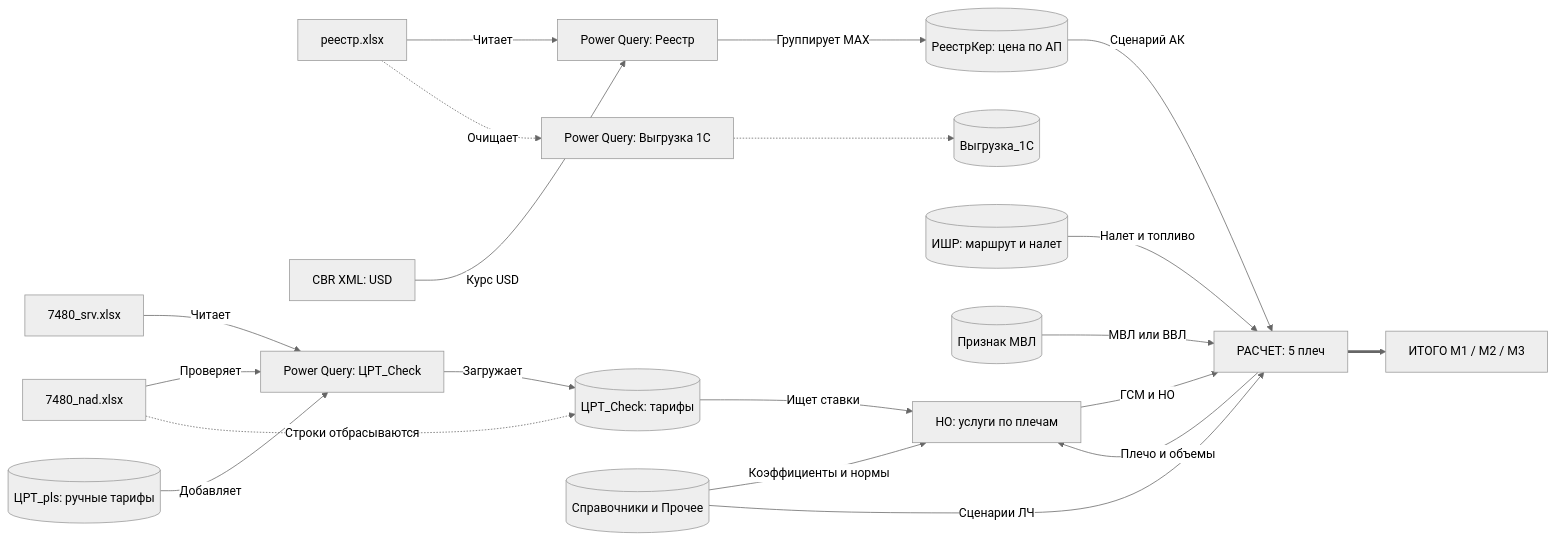
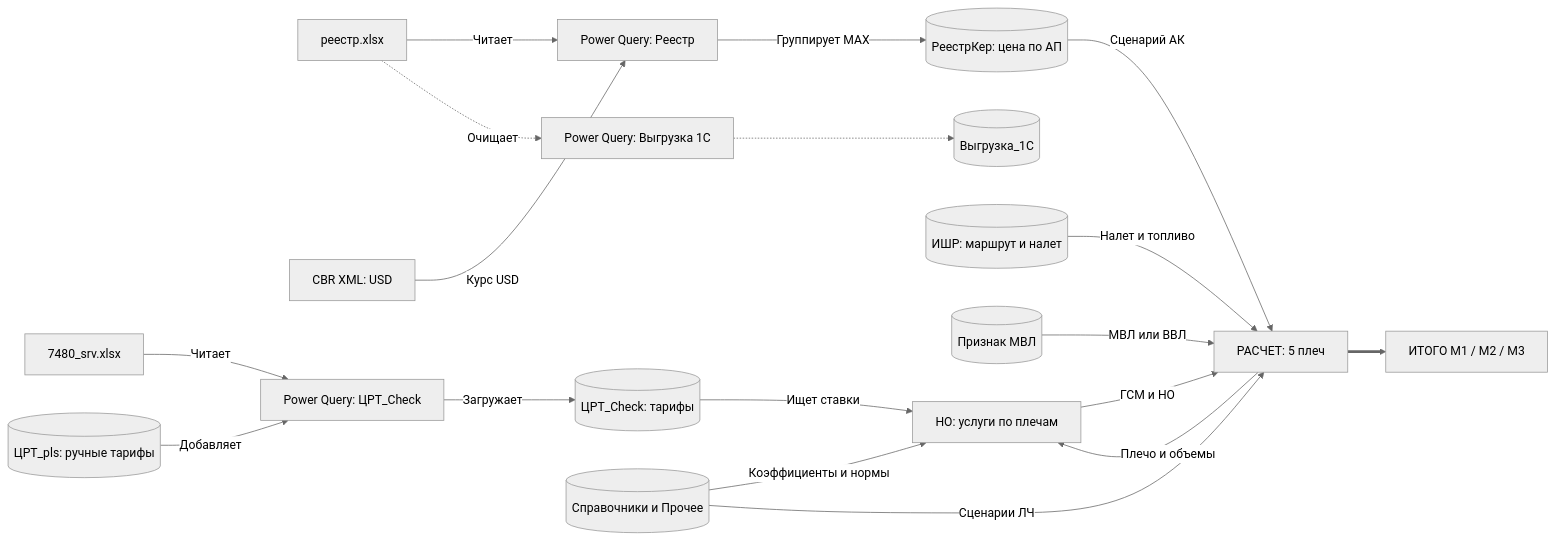
Before and after one commit to Amavelone/AK_CalculateCostPriceFlight: the first of 2 diagrams in docs/cost-monitor-dependency-map.md, drawn with Mermaid (neutral theme). The commit also changed other lines of this file and 51 other files, not shown here.

Commit message:
feat: complete cost monitor architecture foundation

````diff
--- a/docs/cost-monitor-dependency-map.md
+++ b/docs/cost-monitor-dependency-map.md
@@ -5,47 +5,44 @@
 ```mermaid
 flowchart LR
     srv["7480_srv.xlsx"]
-    nad["7480_nad.xlsx"]
     reg["реестр.xlsx"]
     cbr["CBR XML: USD"]
 
     tariffQuery["Power Query: ЦРТ_Check"]
     manualTariff[("ЦРТ_pls: ручные тарифы")]
     tariffTable[("ЦРТ_Check: тарифы")]
 
     registryQuery["Power Query: Реестр"]
     fuelTable[("РеестрКер: цена по АП")]
     detailQuery["Power Query: Выгрузка 1С"]
     detailTable[("Выгрузка_1С")]
 
     routes[("ИШР: маршрут и налет")]
     refs[("Справочники и Прочее")]
     intl[("Признак МВЛ")]
     ground["НО: услуги по плечам"]
     calc["РАСЧЕТ: 5 плеч"]
     result["ИТОГО М1 / М2 / М3"]
 
     srv -->|"Читает"| tariffQuery
-    nad -->|"Проверяет"| tariffQuery
     manualTariff -->|"Добавляет"| tariffQuery
     tariffQuery -->|"Загружает"| tariffTable
     tariffTable -->|"Ищет ставки"| ground
 
     reg -->|"Читает"| registryQuery
     cbr -->|"Курс USD"| registryQuery
     registryQuery -->|"Группирует MAX"| fuelTable
     fuelTable -->|"Сценарий АК"| calc
 
     reg -.->|"Очищает"| detailQuery
     detailQuery -.-> detailTable
 
     routes -->|"Налет и топливо"| calc
     intl -->|"МВЛ или ВВЛ"| calc
     refs -->|"Коэффициенты и нормы"| ground
     refs -->|"Сценарии ЛЧ"| calc
     calc -->|"Плечо и объемы"| ground
     ground -->|"ГСМ и НО"| calc
     calc ==> result
 
-    nad -.->|"Строки отбрасываются"| tariffTable
 ```
````
